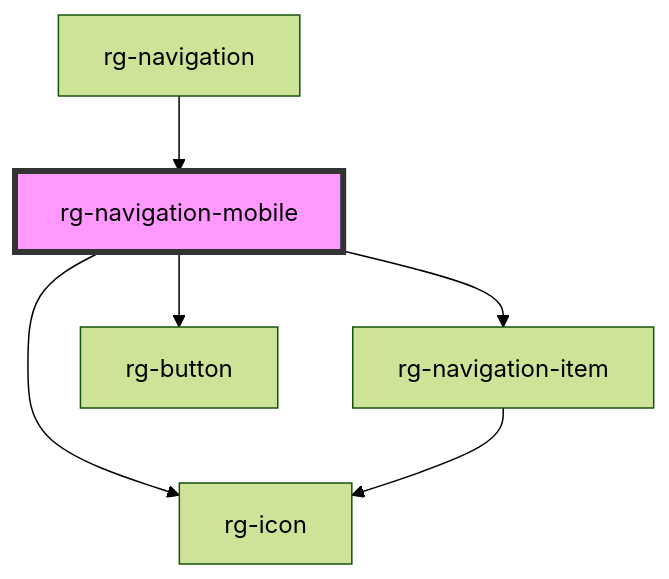
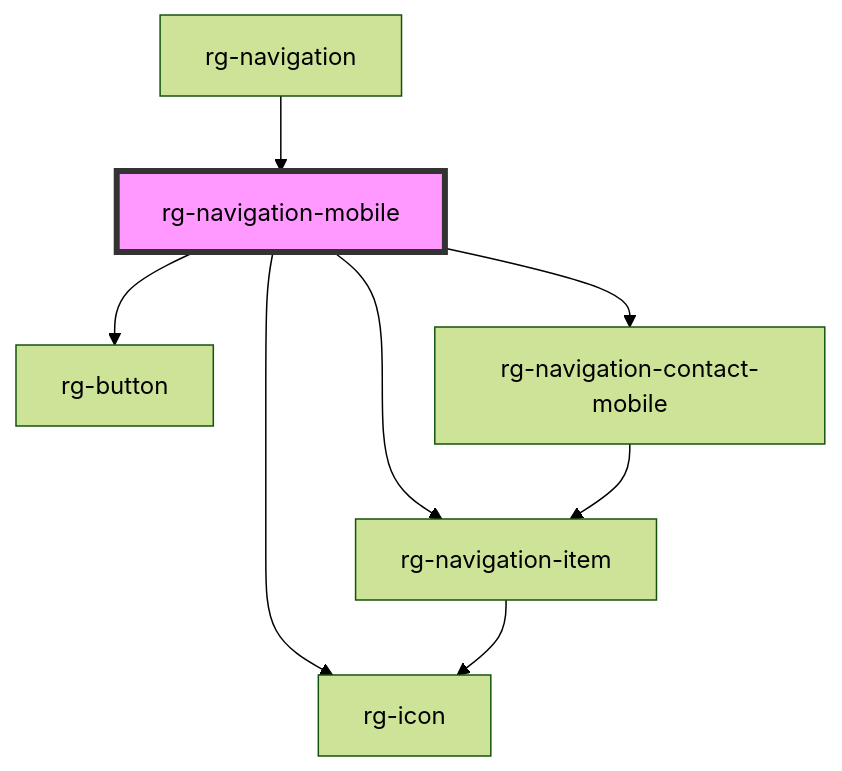
The diagram in src/components/navigation-mobile/readme.md (tomas862/regila-ui), drawn with Mermaid (forest theme) before and after one commit. The commit also changed other lines of this file and 24 other files, not shown here.

````diff
--- a/src/components/navigation-mobile/readme.md
+++ b/src/components/navigation-mobile/readme.md
@@ -28,9 +30,11 @@
 ```mermaid
 graph TD;
   rg-navigation-mobile --> rg-navigation-item
   rg-navigation-mobile --> rg-button
   rg-navigation-mobile --> rg-icon
+  rg-navigation-mobile --> rg-navigation-contact-mobile
   rg-navigation-item --> rg-icon
+  rg-navigation-contact-mobile --> rg-navigation-item
   rg-navigation --> rg-navigation-mobile
   style rg-navigation-mobile fill:#f9f,stroke:#333,stroke-width:4px
 ```
````
